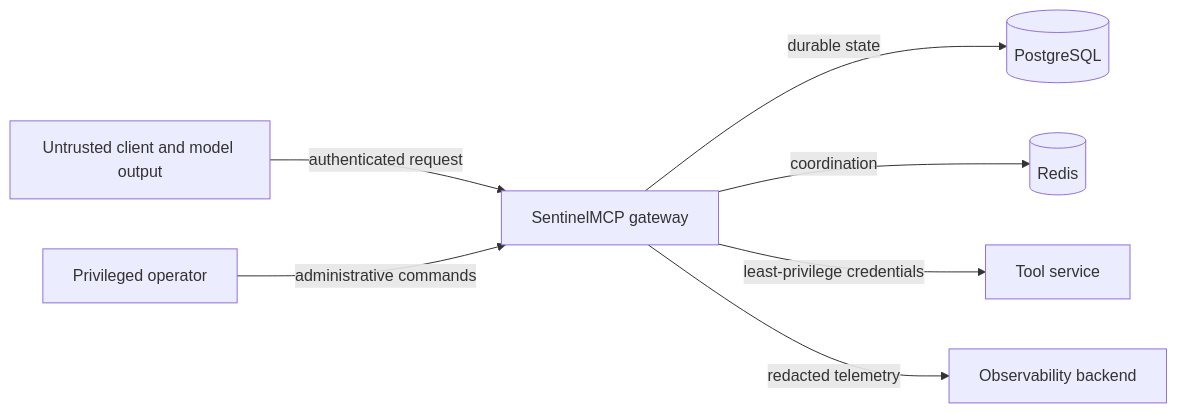
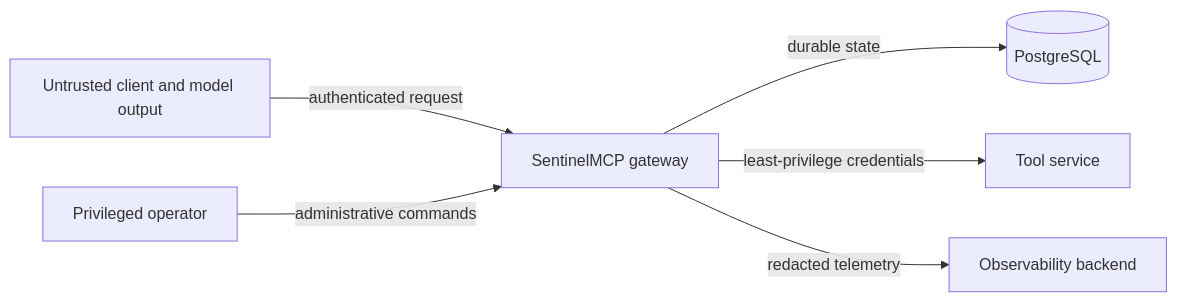
The diagram in docs/THREAT_MODEL.md (ernest-adjetey/SentinelMCP), drawn with Mermaid before and after one commit. The commit also changed other lines of this file and 27 other files, not shown here.

````diff
--- a/docs/THREAT_MODEL.md
+++ b/docs/THREAT_MODEL.md
@@ -36,9 +37,8 @@
 ```mermaid
 flowchart LR
     U[Untrusted client and model output] -->|authenticated request| G[SentinelMCP gateway]
     G -->|durable state| P[(PostgreSQL)]
-    G -->|coordination| R[(Redis)]
     G -->|least-privilege credentials| T[Tool service]
     G -->|redacted telemetry| O[Observability backend]
     OP[Privileged operator] -->|administrative commands| G
 ```
````
